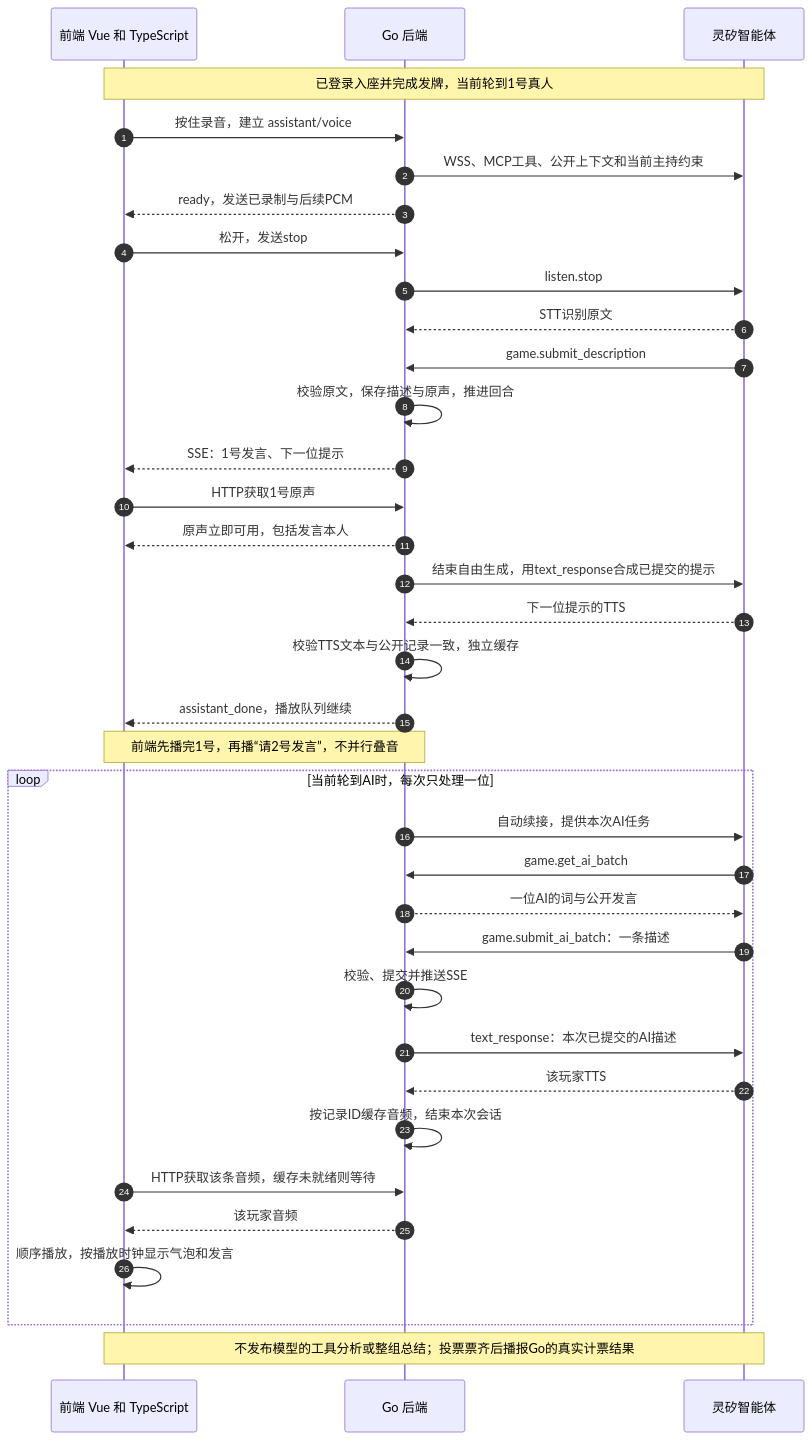
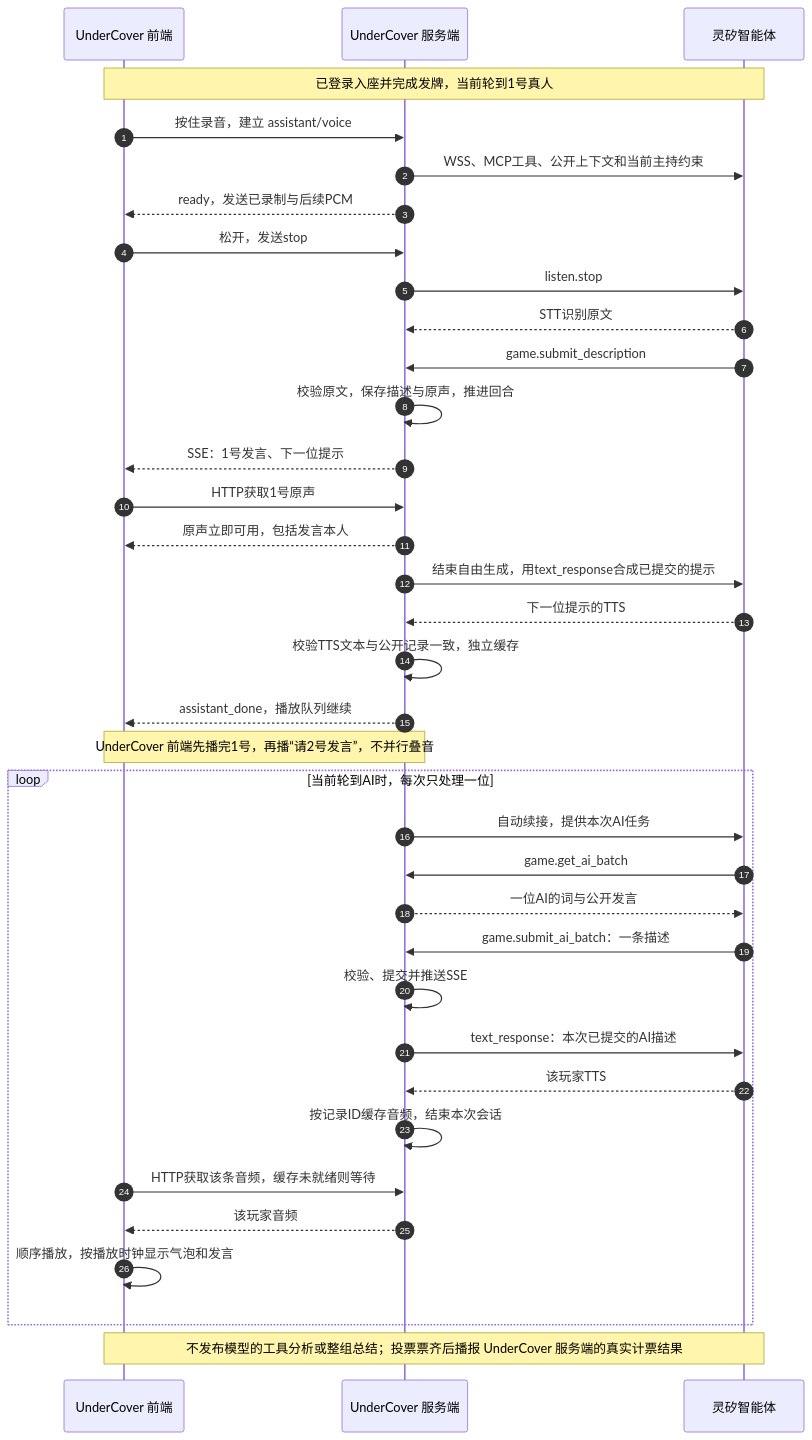
Before and after one commit to go-wyvern/undercover: the diagram in docs/diagrams/game-interaction.mmd, drawn with Mermaid. The commit also changed 4 other files, not shown here.

First line of the commit message:
refactor: Update architecture and interaction diagrams to reflect UnderCover branding

```diff
--- a/docs/diagrams/game-interaction.mmd
+++ b/docs/diagrams/game-interaction.mmd
@@ -1,36 +1,36 @@
 sequenceDiagram
     autonumber
-    participant F as 前端 Vue 和 TypeScript
-    participant G as Go 后端
+    participant F as UnderCover 前端
+    participant G as UnderCover 服务端
     participant L as 灵矽智能体
     Note over F,L: 已登录入座并完成发牌，当前轮到1号真人
     F->>G: 按住录音，建立 assistant/voice
     G->>L: WSS、MCP工具、公开上下文和当前主持约束
     G-->>F: ready，发送已录制与后续PCM
     F->>G: 松开，发送stop
     G->>L: listen.stop
     L-->>G: STT识别原文
     L->>G: game.submit_description
     G->>G: 校验原文，保存描述与原声，推进回合
     G-->>F: SSE：1号发言、下一位提示
     F->>G: HTTP获取1号原声
     G-->>F: 原声立即可用，包括发言本人
     G->>L: 结束自由生成，用text_response合成已提交的提示
     L-->>G: 下一位提示的TTS
     G->>G: 校验TTS文本与公开记录一致，独立缓存
     G-->>F: assistant_done，播放队列继续
-    Note over F,G: 前端先播完1号，再播“请2号发言”，不并行叠音
+    Note over F,G: UnderCover 前端先播完1号，再播“请2号发言”，不并行叠音
     loop 当前轮到AI时，每次只处理一位
         G->>L: 自动续接，提供本次AI任务
         L->>G: game.get_ai_batch
         G-->>L: 一位AI的词与公开发言
         L->>G: game.submit_ai_batch：一条描述
         G->>G: 校验、提交并推送SSE
         G->>L: text_response：本次已提交的AI描述
         L-->>G: 该玩家TTS
         G->>G: 按记录ID缓存音频，结束本次会话
         F->>G: HTTP获取该条音频，缓存未就绪则等待
         G-->>F: 该玩家音频
         F->>F: 顺序播放，按播放时钟显示气泡和发言
     end
-    Note over F,L: 不发布模型的工具分析或整组总结；投票票齐后播报Go的真实计票结果
+    Note over F,L: 不发布模型的工具分析或整组总结；投票票齐后播报 UnderCover 服务端的真实计票结果
```
